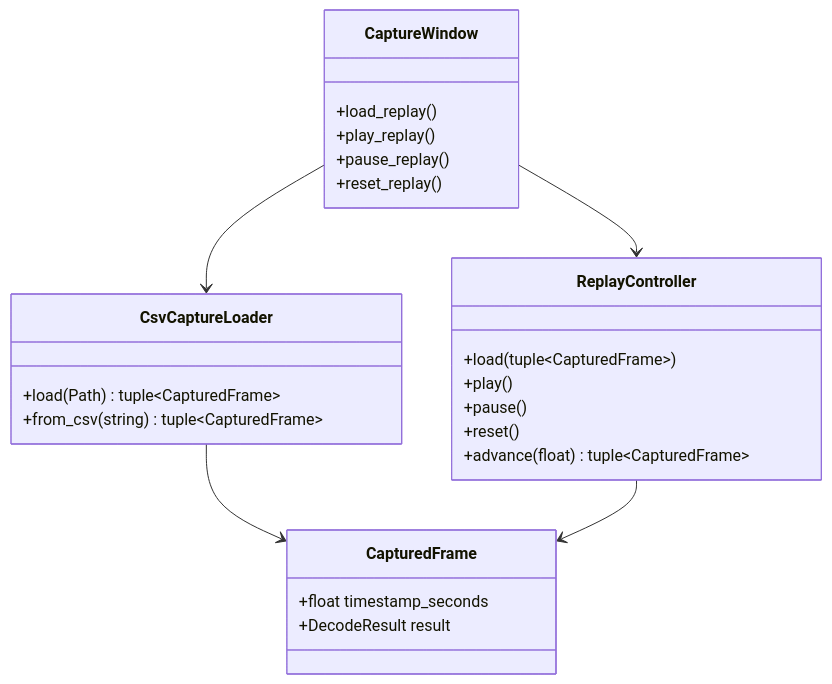
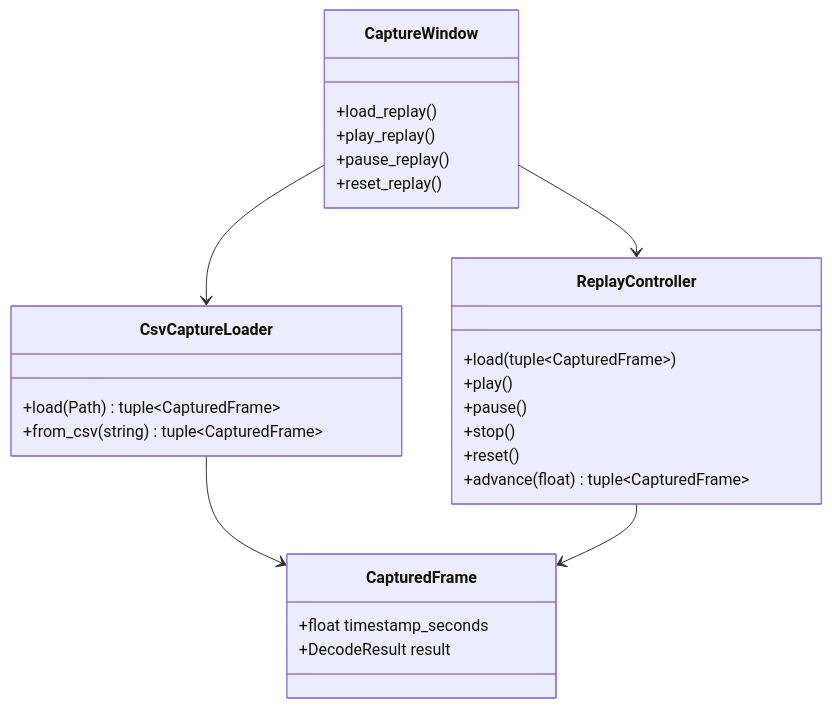
The diagram in docs/architecture/diagrams/offline-replay/03-class.md (benoit-bremaud/can-sniffer), drawn with Mermaid before and after one commit. The commit also changed 6 other files, not shown here.

````diff
--- a/docs/architecture/diagrams/offline-replay/03-class.md
+++ b/docs/architecture/diagrams/offline-replay/03-class.md
@@ -12,28 +12,29 @@
 ```mermaid
 classDiagram
     class CapturedFrame {
         +float timestamp_seconds
         +DecodeResult result
     }
     class CsvCaptureLoader {
         +load(Path) tuple~CapturedFrame~
         +from_csv(string) tuple~CapturedFrame~
     }
     class ReplayController {
         +load(tuple~CapturedFrame~)
         +play()
         +pause()
+        +stop()
         +reset()
         +advance(float) tuple~CapturedFrame~
     }
     class CaptureWindow {
         +load_replay()
         +play_replay()
         +pause_replay()
         +reset_replay()
     }
     CsvCaptureLoader --> CapturedFrame
     ReplayController --> CapturedFrame
     CaptureWindow --> CsvCaptureLoader
     CaptureWindow --> ReplayController
 ```
````
